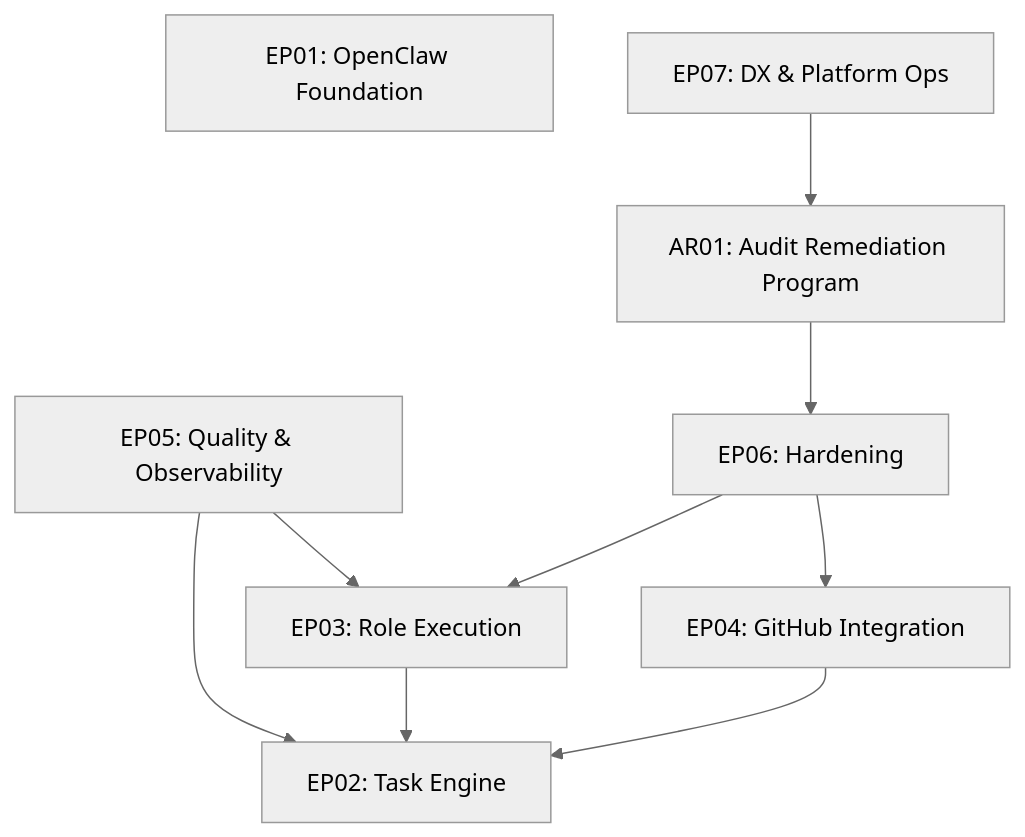
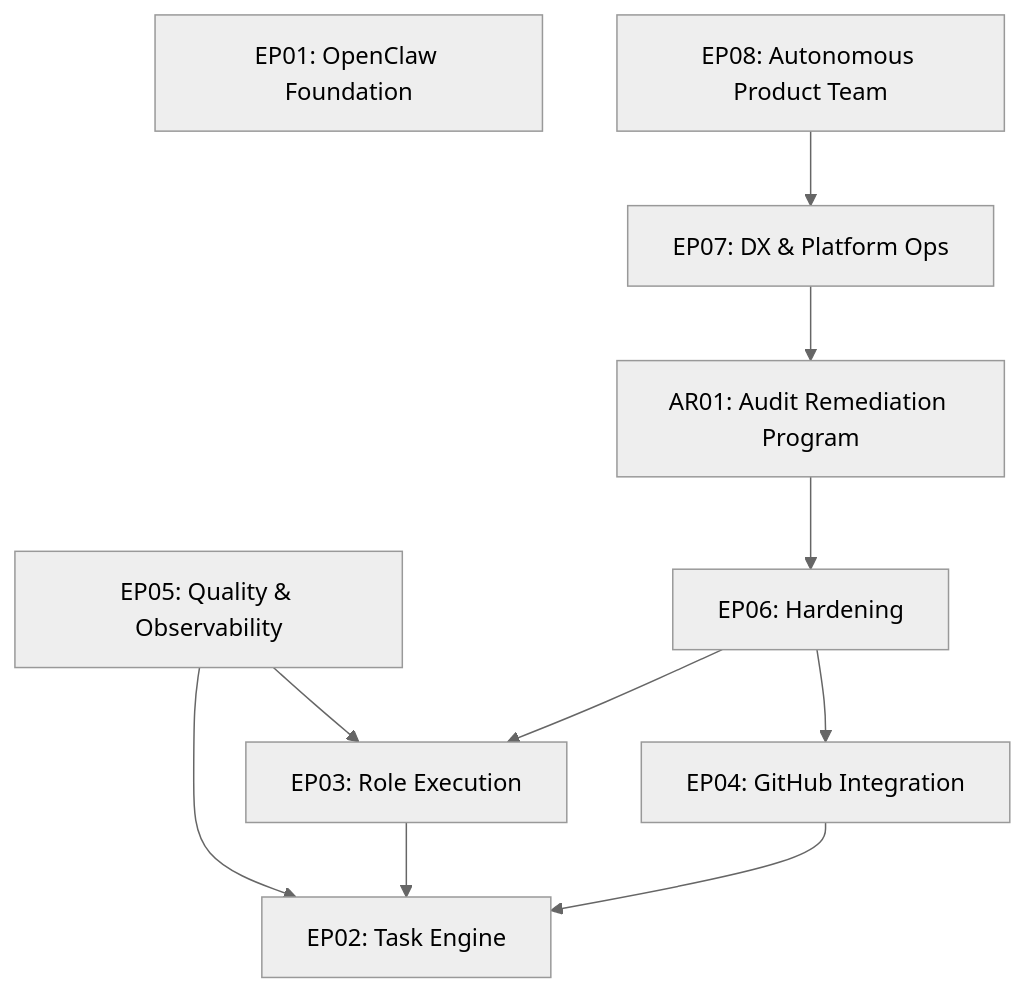
The diagram in docs/roadmap.md (Monkey-D-Luisi/vibe-flow), drawn with Mermaid (neutral theme) before and after one commit. The commit also changed other lines of this file and 9 other files, not shown here.

First line of the commit message:
feat(task-0035): docker deployment configuration for EP08 autonomous product team

````diff
--- a/docs/roadmap.md
+++ b/docs/roadmap.md
@@ -167,13 +193,14 @@
 ```mermaid
 graph TD
   EP01[EP01: OpenClaw Foundation]
   EP02[EP02: Task Engine]
   EP03[EP03: Role Execution] --> EP02
   EP04[EP04: GitHub Integration] --> EP02
   EP05[EP05: Quality & Observability] --> EP02
   EP05 --> EP03
   EP06[EP06: Hardening] --> EP03
   EP06 --> EP04
   AR01[AR01: Audit Remediation Program] --> EP06
   EP07[EP07: DX & Platform Ops] --> AR01
+  EP08[EP08: Autonomous Product Team] --> EP07
 ```
````
